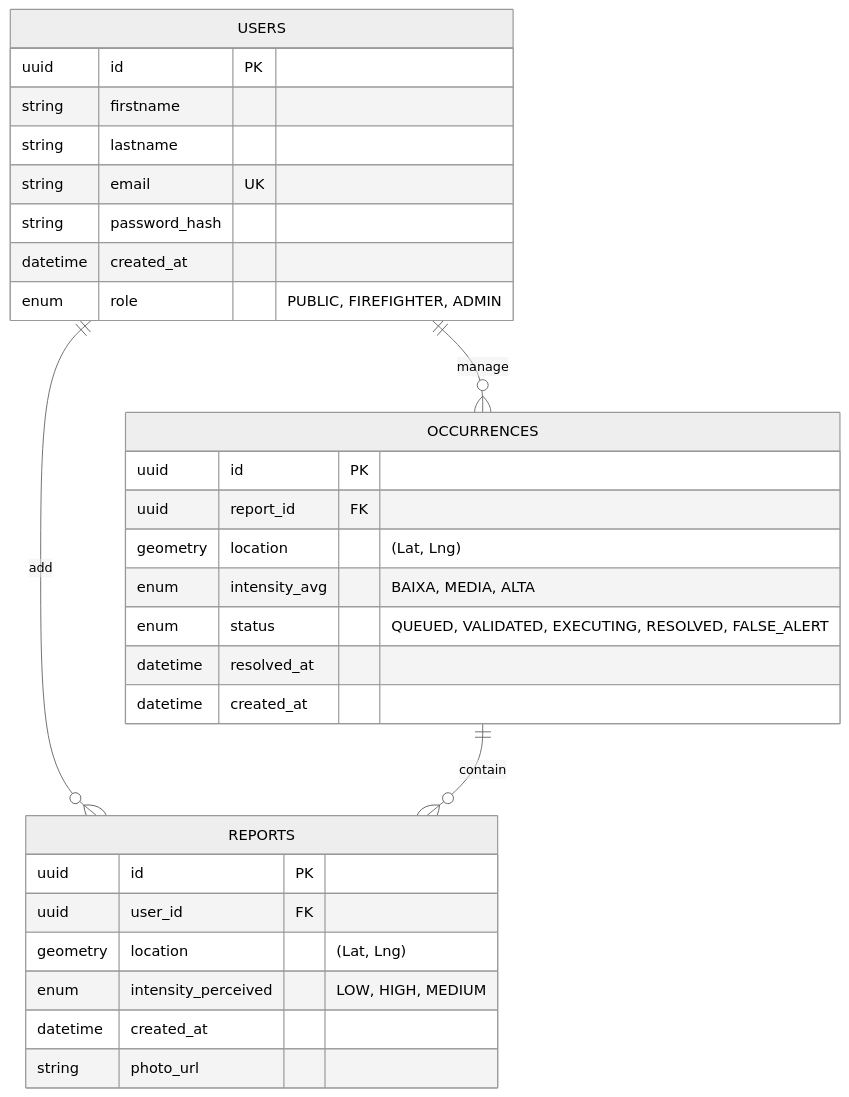
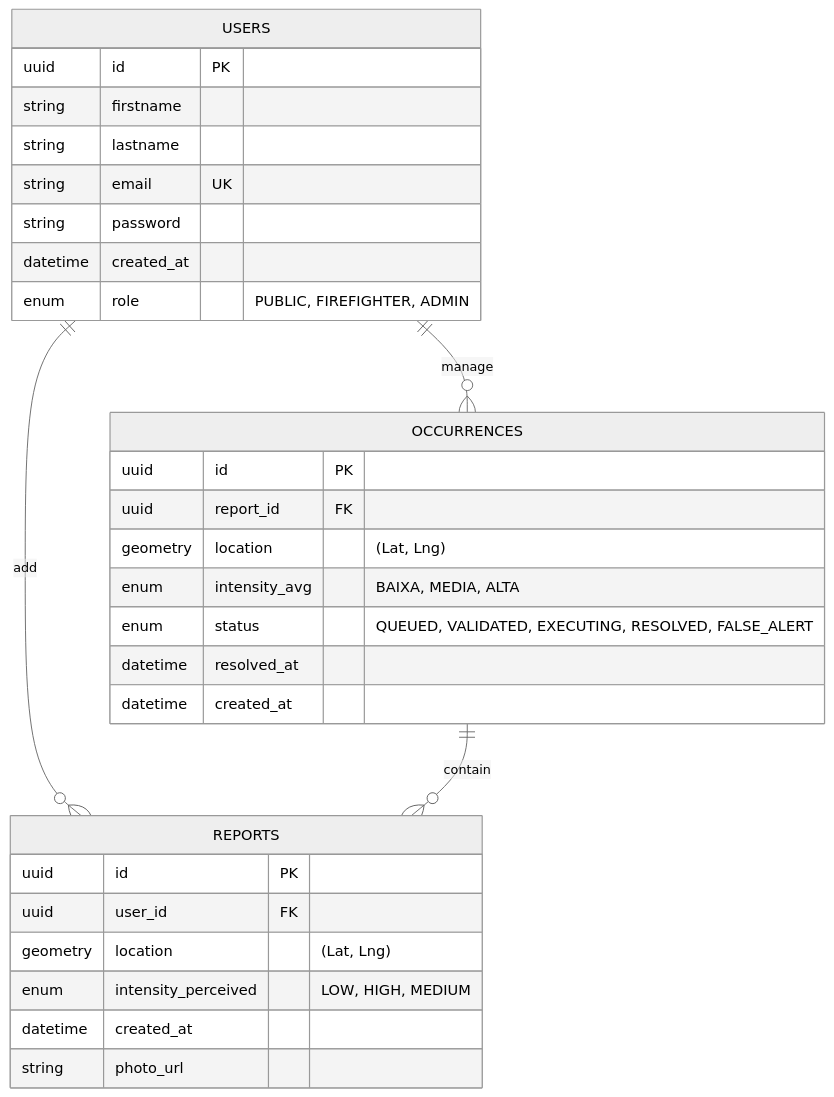
The diagram in docs/schema.md (zetta-lab-fire-control/fire-control-api), drawn with Mermaid (neutral theme) before and after one commit. The commit also changed 33 other files, not shown here.

Commit message:
feat: configure postgres client alongside implements database models, schemas, cruds, and routes

````diff
--- a/docs/schema.md
+++ b/docs/schema.md
@@ -9,40 +9,40 @@
 ```mermaid
 
 erDiagram
 
     USERS {
         uuid id PK
         string firstname
         string lastname
         string email UK
-        string password_hash
+        string password
         datetime created_at
         enum role "PUBLIC, FIREFIGHTER, ADMIN"
 
     }
 
     OCCURRENCES {
         uuid id PK
         uuid report_id FK
         geometry location "(Lat, Lng)"
         enum intensity_avg "BAIXA, MEDIA, ALTA"
         enum status "QUEUED, VALIDATED, EXECUTING, RESOLVED, FALSE_ALERT"
         datetime resolved_at
         datetime created_at
     }
 
     REPORTS {
         uuid id PK
         uuid user_id FK
         geometry location "(Lat, Lng)"
         enum intensity_perceived "LOW, HIGH, MEDIUM"
         datetime created_at
         string photo_url
     }
 
     %% Relacionamentos
     USERS ||--o{ REPORTS : "add"
     USERS ||--o{ OCCURRENCES : "manage"
     OCCURRENCES ||--o{ REPORTS : "contain"
 
 ```
````
